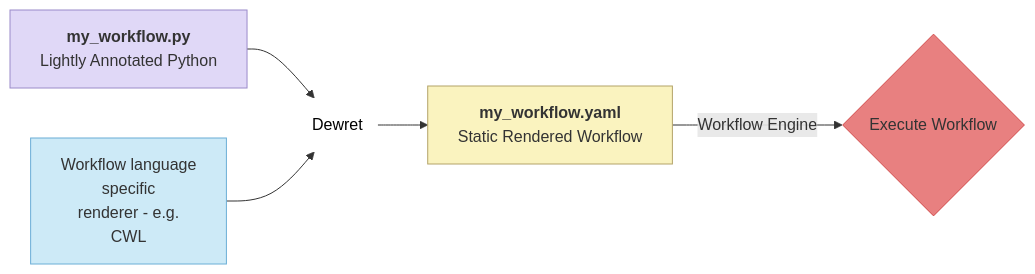
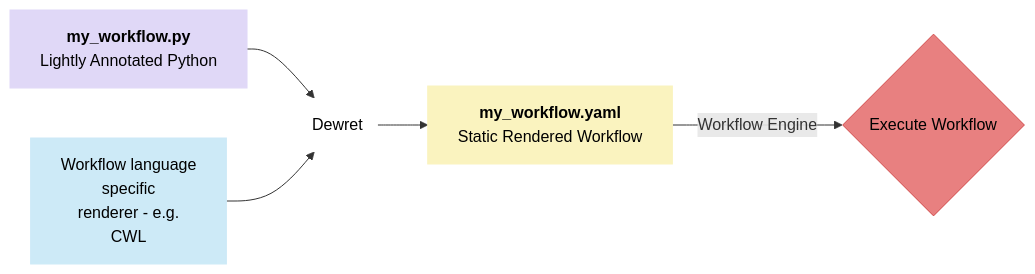
Before and after one commit to flaxandteal/dewret: the diagram in docs/quickstart.md, drawn with Mermaid.

Commit message:
docs: tweak colors of mermaid diagram to be more theme agnostic

````diff
--- a/docs/quickstart.md
+++ b/docs/quickstart.md
@@ -24,24 +24,19 @@
 ```mermaid
 graph LR;
     A["<b>my_workflow.py</b><br>Lightly Annotated Python"]
     B(Dewret)
     C["<b>my_workflow.yaml</b><br>Static Rendered Workflow"]
     D["Workflow language<br>specific<br>renderer - e.g.<br>CWL"]
     E{Execute Workflow}
 
     A --> B
     B --> C
     C -- Workflow Engine --> E
     D --> B
 
+    style A fill:#e0d8f7,stroke:#e0d8f7,stroke-width:1px,color:#000
     style B fill:#fff,stroke:#fff,stroke-width:0px,color:#000
-    classDef python fill:#e0d8f7,stroke:#9a8ac9,stroke-width:1px;
-    classDef yaml fill:#faf3bf,stroke:#b3a369,stroke-width:1px;
-    classDef exec fill:#e88080,stroke:#d14949,stroke-width:1px;
-    classDef renderer fill:#cdeaf7,stroke:#6baed6,stroke-width:1px;
-
-    class A python;
-    class C yaml;
-    class E exec;
-    class D renderer;
+    style C fill:#faf3bf,stroke:#faf3bf,stroke-width:1px,color:#000
+    style D fill:#cdeaf7,stroke:#cdeaf7,stroke-width:1px,color:#000
+    style E fill:#e88080,stroke:#d14949,stroke-width:1px,color:#000
 ```
````
